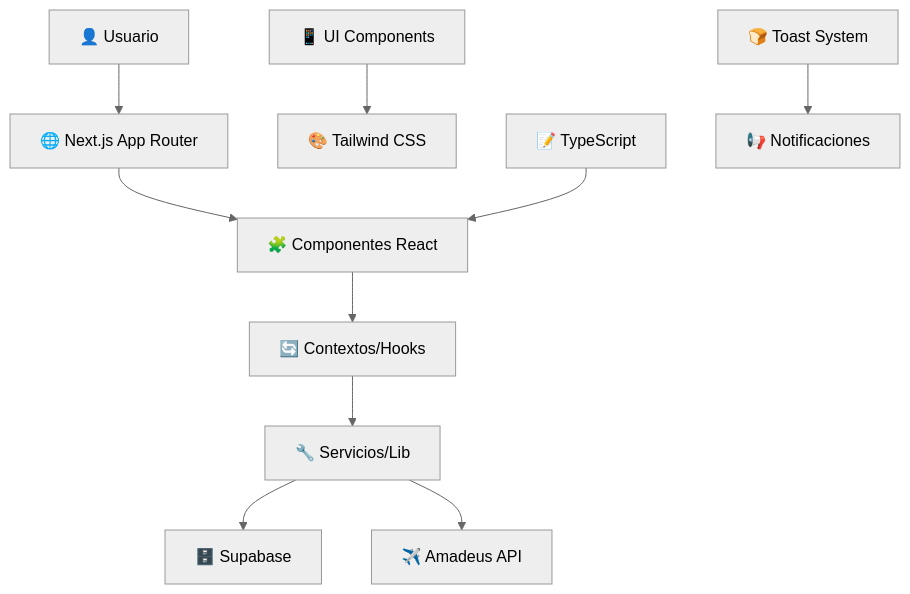
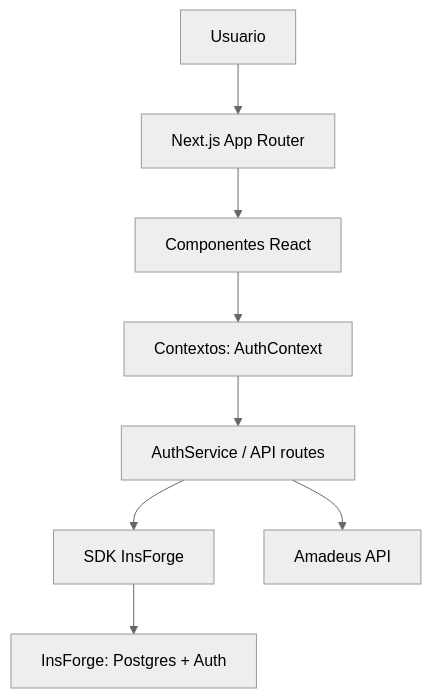
One commit to PabloJustDevelops/Proyecto-TravelPal-App-de-Viajes changed the diagram in docs/ARCHITECTURE.md. Above: the diagram before and after it, drawn with Mermaid (neutral theme). The commit also changed other lines of this file and 4 other files, not shown here.

````diff
--- a/docs/ARCHITECTURE.md
+++ b/docs/ARCHITECTURE.md
@@ -89,13 +44,10 @@
 ```mermaid
 graph TB
-    A[👤 Usuario] --> B[🌐 Next.js App Router]
-    B --> C[🧩 Componentes React]
-    C --> D[🔄 Contextos/Hooks]
-    D --> E[🔧 Servicios/Lib]
-    E --> F[🗄️ Supabase]
-    E --> G[✈️ Amadeus API]
-    
-    H[📱 UI Components] --> I[🎨 Tailwind CSS]
-    J[📝 TypeScript] --> C
-    K[🍞 Toast System] --> L[📢 Notificaciones]
+    A[Usuario] --> B[Next.js App Router]
+    B --> C[Componentes React]
+    C --> D[Contextos: AuthContext]
+    D --> E[AuthService / API routes]
+    E --> F[SDK InsForge]
+    F --> G[InsForge: Postgres + Auth]
+    E --> H[Amadeus API]
 ```
````
